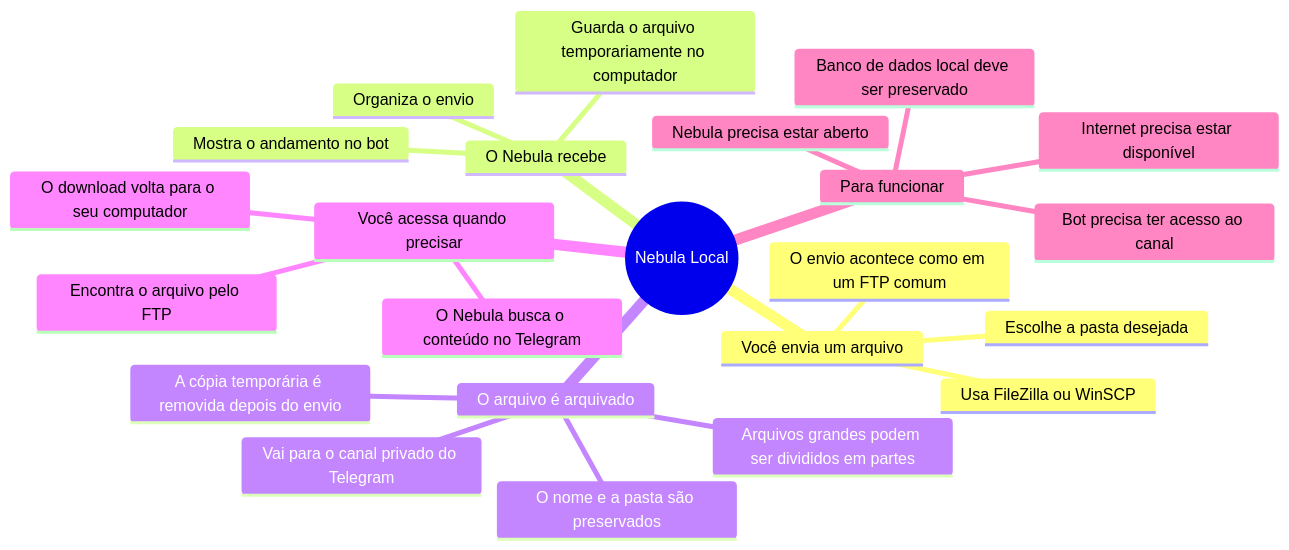
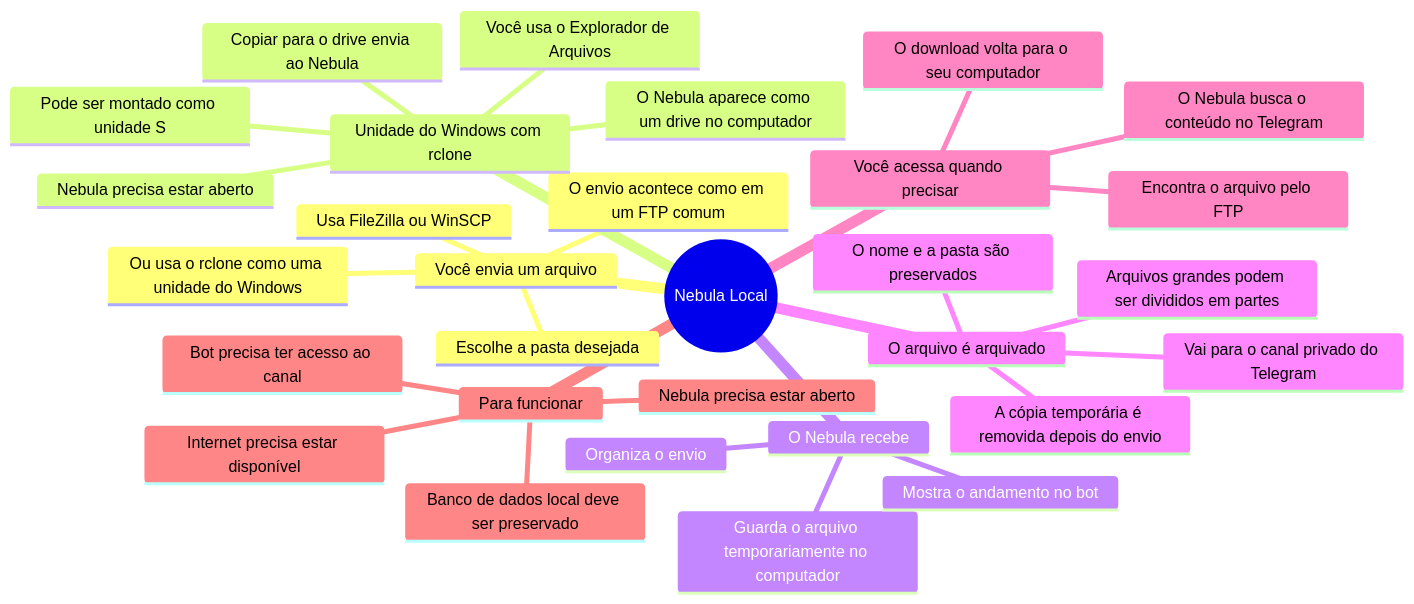
One commit to jeffbart/NebulaLocal changed the first of 2 diagrams in docs/MAPA_MENTAL.md. Above: the diagram before and after it, drawn with Mermaid. The commit also changed other lines of this file, not shown here.

Commit message:
docs: explica acesso como drive com rclone

````diff
--- a/docs/MAPA_MENTAL.md
+++ b/docs/MAPA_MENTAL.md
@@ -5,26 +5,33 @@
 ```mermaid
 mindmap
   root((Nebula Local))
     Você envia um arquivo
       Usa FileZilla ou WinSCP
+      Ou usa o rclone como uma unidade do Windows
       Escolhe a pasta desejada
       O envio acontece como em um FTP comum
+    Unidade do Windows com rclone
+      O Nebula aparece como um drive no computador
+      Pode ser montado como unidade S
+      Você usa o Explorador de Arquivos
+      Copiar para o drive envia ao Nebula
+      Nebula precisa estar aberto
     O Nebula recebe
       Guarda o arquivo temporariamente no computador
       Organiza o envio
       Mostra o andamento no bot
     O arquivo é arquivado
       Vai para o canal privado do Telegram
       Arquivos grandes podem ser divididos em partes
       O nome e a pasta são preservados
       A cópia temporária é removida depois do envio
     Você acessa quando precisar
       Encontra o arquivo pelo FTP
       O Nebula busca o conteúdo no Telegram
       O download volta para o seu computador
     Para funcionar
       Nebula precisa estar aberto
       Internet precisa estar disponível
       Bot precisa ter acesso ao canal
       Banco de dados local deve ser preservado
 ```
````
